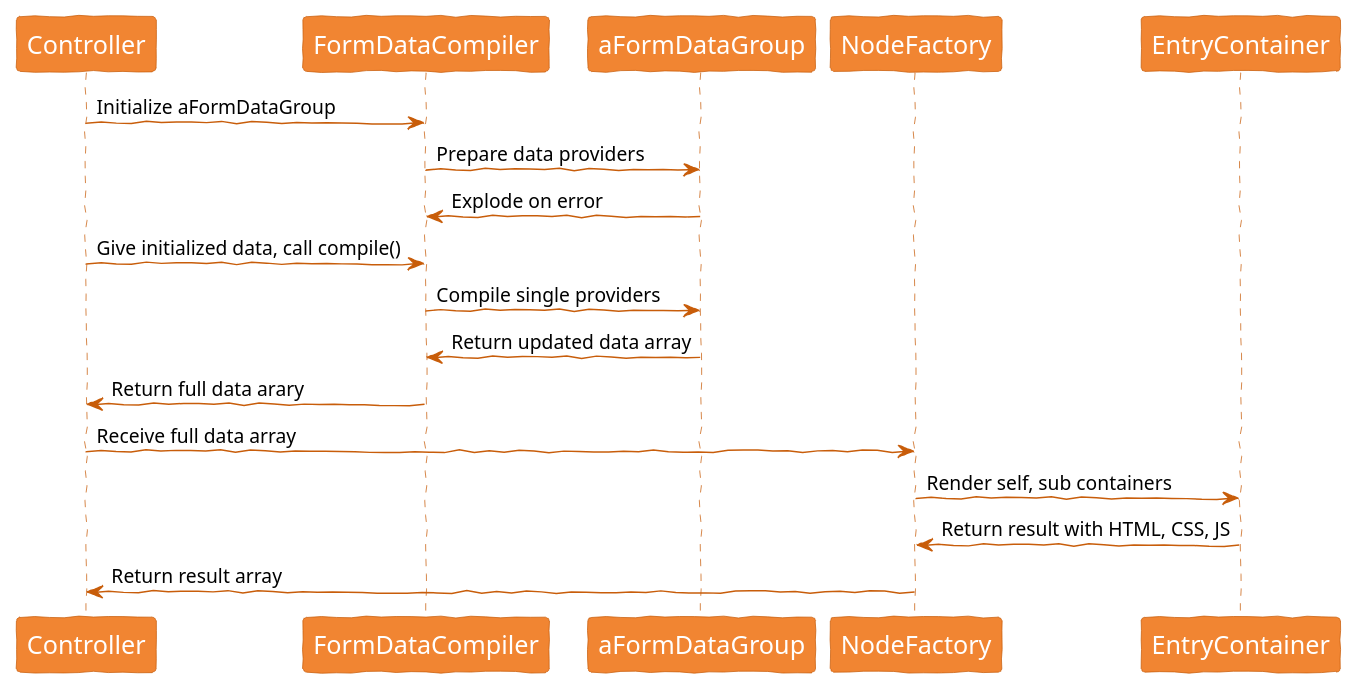
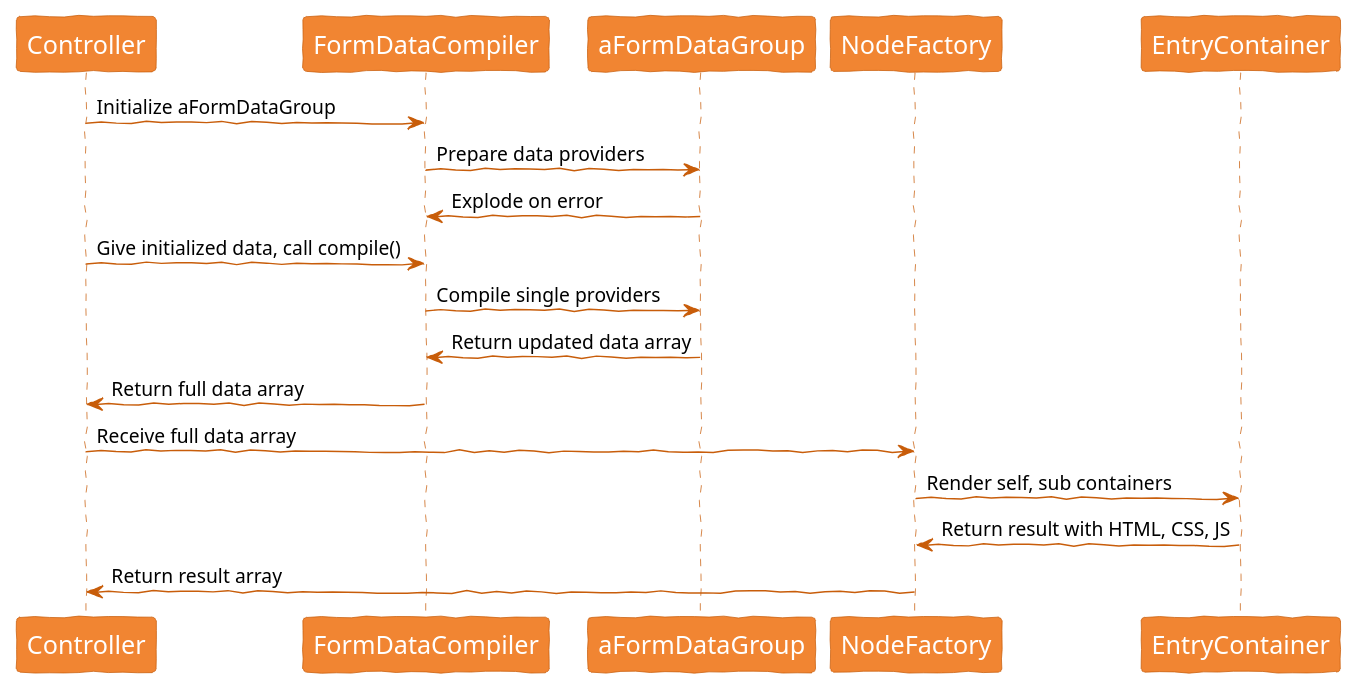
One commit to TYPO3-Documentation/TYPO3CMS-Reference-CoreApi changed the diagram in Documentation/Images/Plantuml/FormEngine/FormEngineMainWorkflow.plantuml. Above: the diagram before and after it, drawn with PlantUML. The commit also changed 30 other files, not shown here.

```diff
--- a/Documentation/Images/Plantuml/FormEngine/FormEngineMainWorkflow.plantuml
+++ b/Documentation/Images/Plantuml/FormEngine/FormEngineMainWorkflow.plantuml
@@ -1,34 +1,34 @@
 @startuml
 
 skinparam handwritten true
 
 skinparam sequence {
 	ArrowColor #c85d0a
 	ActorBorderColor #c85d0a
 	LifeLineBorderColor #c85d0a
 	LifeLineBackgroundColor #c85d0a
 
 	ParticipantBorderColor #c85d0a
 	ParticipantBackgroundColor #f18532
 	ParticipantFontName Helvetica
 	ParticipantFontSize 17
 	ParticipantFontColor #FFFFFF
 
 	ActorBackgroundColor aqua
 	ActorFontColor #c85d0a
 	ActorFontSize 17
 	ActorFontName Helvetica
 }
 
 Controller -> FormDataCompiler : Initialize aFormDataGroup
 FormDataCompiler -> aFormDataGroup : Prepare data providers
 aFormDataGroup -> FormDataCompiler : Explode on error
 Controller -> FormDataCompiler : Give initialized data, call compile()
 FormDataCompiler -> aFormDataGroup : Compile single providers
 aFormDataGroup -> FormDataCompiler : Return updated data array
-FormDataCompiler -> Controller : Return full data arary
+FormDataCompiler -> Controller : Return full data array
 Controller -> NodeFactory : Receive full data array
 NodeFactory -> EntryContainer : Render self, sub containers
 EntryContainer -> NodeFactory : Return result with HTML, CSS, JS
 NodeFactory -> Controller : Return result array
 @enduml
```
